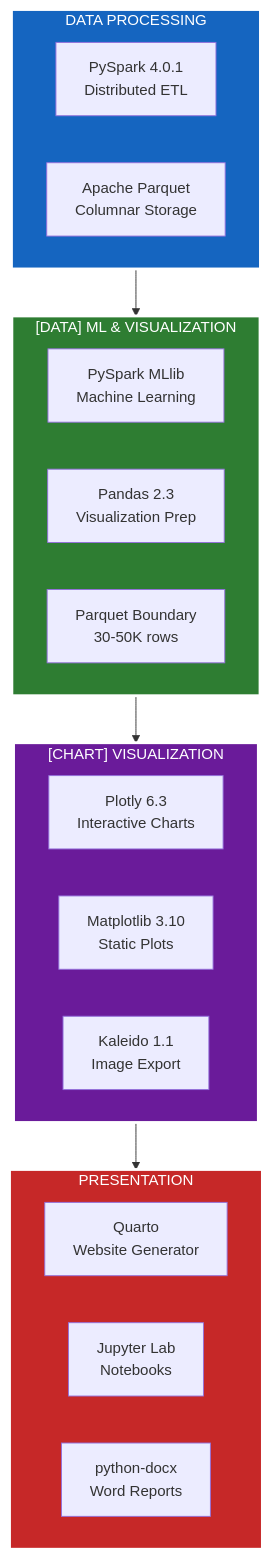
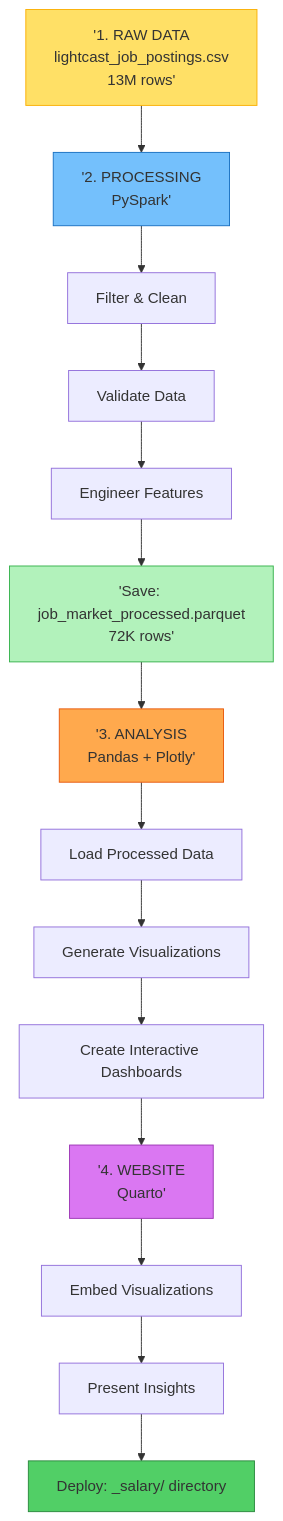
One commit to samarthya/ad688-scratch changed the second of 2 diagrams in ARCHITECTURE.md. Above: the diagram before and after it, drawn with Mermaid. The commit also changed other lines of this file and 26 other files, not shown here.

````diff
--- a/ARCHITECTURE.md
+++ b/ARCHITECTURE.md
@@ -90,34 +51,23 @@
 ```mermaid
-graph TB
-    subgraph PROCESSING[" DATA PROCESSING"]
-        SPARK[PySpark 4.0.1<br/>Distributed ETL]
-        PARQUET[Apache Parquet<br/>Columnar Storage]
-    end
+flowchart TD
+    A['1. RAW DATA<br/>lightcast_job_postings.csv<br/>13M rows'] --> B['2. PROCESSING<br/>PySpark']
+    B --> C[Filter & Clean]
+    C --> D[Validate Data]
+    D --> E[Engineer Features]
+    E --> F['Save: job_market_processed.parquet<br/>72K rows']
+    F --> G['3. ANALYSIS<br/>Pandas + Plotly']
+    G --> H[Load Processed Data]
+    H --> I[Generate Visualizations]
+    I --> J[Create Interactive Dashboards]
+    J --> K['4. WEBSITE<br/>Quarto']
+    K --> L[Embed Visualizations]
+    L --> M[Present Insights]
+    M --> N[Deploy: _salary/ directory]
 
-    subgraph ANALYSIS["[DATA] ML & VISUALIZATION"]
-        MLLIB[PySpark MLlib<br/>Machine Learning]
-        PANDAS[Pandas 2.3<br/>Visualization Prep]
-        PARQUET_STORE[Parquet Boundary<br/>30-50K rows]
-    end
-
-    subgraph VISUALIZATION["[CHART] VISUALIZATION"]
-        PLOTLY[Plotly 6.3<br/>Interactive Charts]
-        MATPLOTLIB[Matplotlib 3.10<br/>Static Plots]
-        KALEIDO[Kaleido 1.1<br/>Image Export]
-    end
-
-    subgraph PRESENTATION[" PRESENTATION"]
-        QUARTO[Quarto<br/>Website Generator]
-        JUPYTER[Jupyter Lab<br/>Notebooks]
-        DOCX[python-docx<br/>Word Reports]
-    end
-
-    PROCESSING --> ANALYSIS
-    ANALYSIS --> VISUALIZATION
-    VISUALIZATION --> PRESENTATION
-
-    style PROCESSING fill:#1565c0,stroke:#fff,color:#fff,stroke-width:3px
-    style ANALYSIS fill:#2e7d32,stroke:#fff,color:#fff,stroke-width:3px
-    style VISUALIZATION fill:#6a1b9a,stroke:#fff,color:#fff,stroke-width:3px
-    style PRESENTATION fill:#c62828,stroke:#fff,color:#fff,stroke-width:3px
+    style A fill:#ffe066,stroke:#fab005
+    style B fill:#74c0fc,stroke:#1971c2
+    style F fill:#b2f2bb,stroke:#37b24d
+    style G fill:#ffa94d,stroke:#e8590c
+    style K fill:#da77f2,stroke:#9c36b5
+    style N fill:#51cf66,stroke:#2b8a3e
 ```
````
